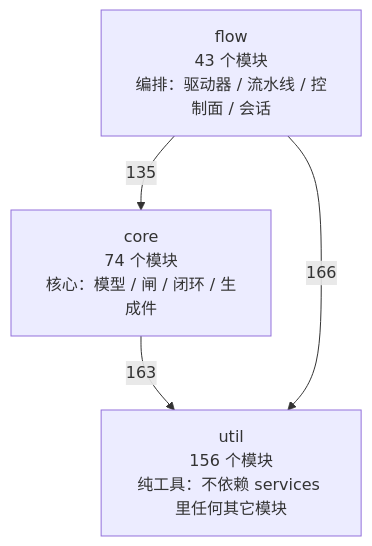
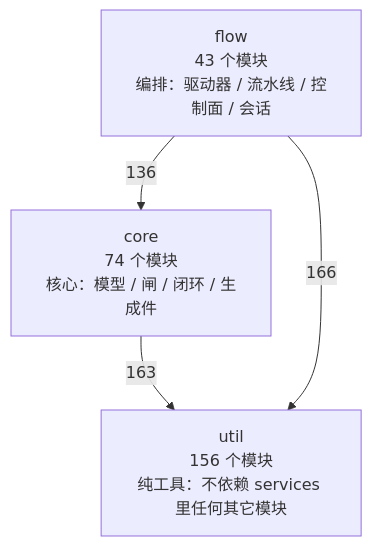
The first of 4 diagrams in docs/SlideRule V6.2 架构图（自动生成）.md (2686521696/WhyBuddy), drawn with Mermaid before and after one commit. The commit also changed other lines of this file and 3 other files, not shown here.

````diff
--- a/docs/SlideRule V6.2 架构图（自动生成）.md
+++ b/docs/SlideRule V6.2 架构图（自动生成）.md
@@ -50,9 +50,9 @@
 ```mermaid
 flowchart TB
   util["util<br/>156 个模块<br/>纯工具：不依赖 services 里任何其它模块"]
   core["core<br/>74 个模块<br/>核心：模型 / 闸 / 闭环 / 生成件"]
   flow["flow<br/>43 个模块<br/>编排：驱动器 / 流水线 / 控制面 / 会话"]
   core -->|163| util
-  flow -->|135| core
+  flow -->|136| core
   flow -->|166| util
 ```
````
